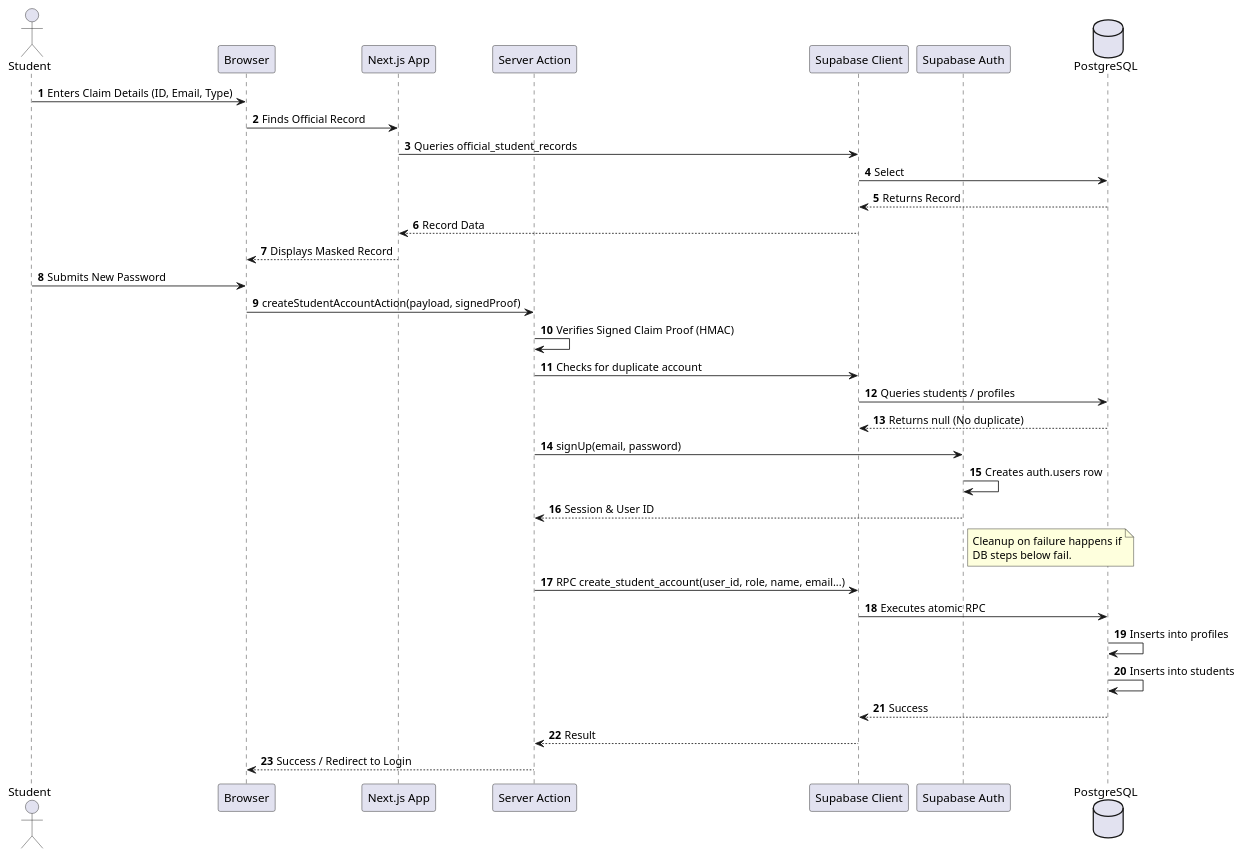
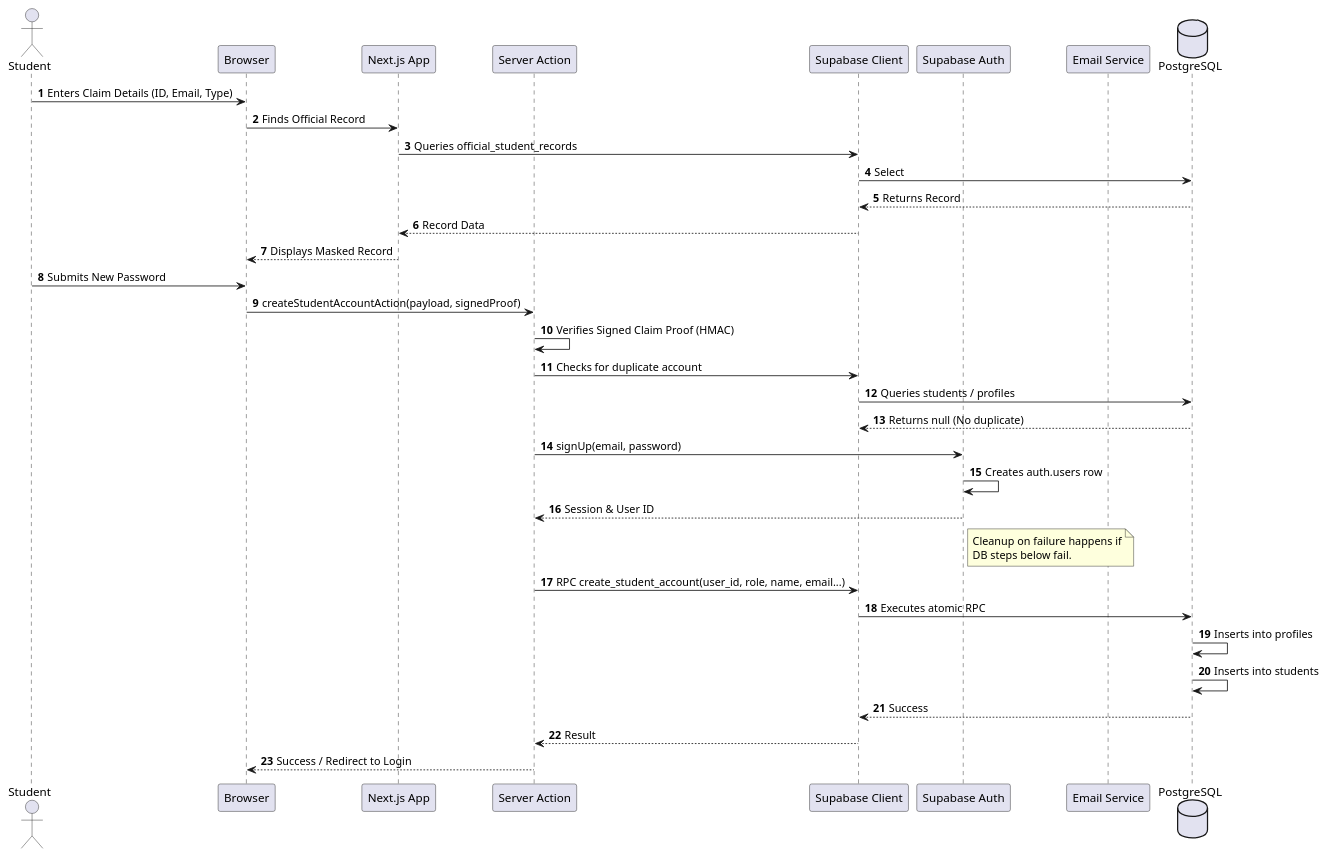
The diagram in docs/diagrams/pkm-des-account-claim-sequence.puml (lucifron28/PKM-DES), drawn with PlantUML before and after one commit. The commit also changed 2 other files, not shown here.

Commit message:
docs: update system architecture and diagrams for email and health requirements

```diff
--- a/docs/diagrams/pkm-des-account-claim-sequence.puml
+++ b/docs/diagrams/pkm-des-account-claim-sequence.puml
@@ -1,40 +1,41 @@
 @startuml pkm-des-account-claim-sequence
 autonumber
 actor Student
 participant "Browser" as Browser
 participant "Next.js App" as App
 participant "Server Action" as Action
 participant "Supabase Client" as Supabase
 participant "Supabase Auth" as Auth
+participant "Email Service" as Email
 database "PostgreSQL" as DB
 
 Student -> Browser : Enters Claim Details (ID, Email, Type)
 Browser -> App : Finds Official Record
 App -> Supabase : Queries official_student_records
 Supabase -> DB : Select
 DB --> Supabase : Returns Record
 Supabase --> App : Record Data
 App --> Browser : Displays Masked Record
 
 Student -> Browser : Submits New Password
 Browser -> Action : createStudentAccountAction(payload, signedProof)
 Action -> Action : Verifies Signed Claim Proof (HMAC)
 Action -> Supabase : Checks for duplicate account
 Supabase -> DB : Queries students / profiles
 DB --> Supabase : Returns null (No duplicate)
 
 Action -> Auth : signUp(email, password)
 Auth -> Auth : Creates auth.users row
 Auth --> Action : Session & User ID
 note right of Auth: Cleanup on failure happens if\nDB steps below fail.
 
 Action -> Supabase : RPC create_student_account(user_id, role, name, email...)
 Supabase -> DB : Executes atomic RPC
 DB -> DB : Inserts into profiles
 DB -> DB : Inserts into students
 DB --> Supabase : Success
 Supabase --> Action : Result
 
 Action --> Browser : Success / Redirect to Login
 
 @enduml
```
